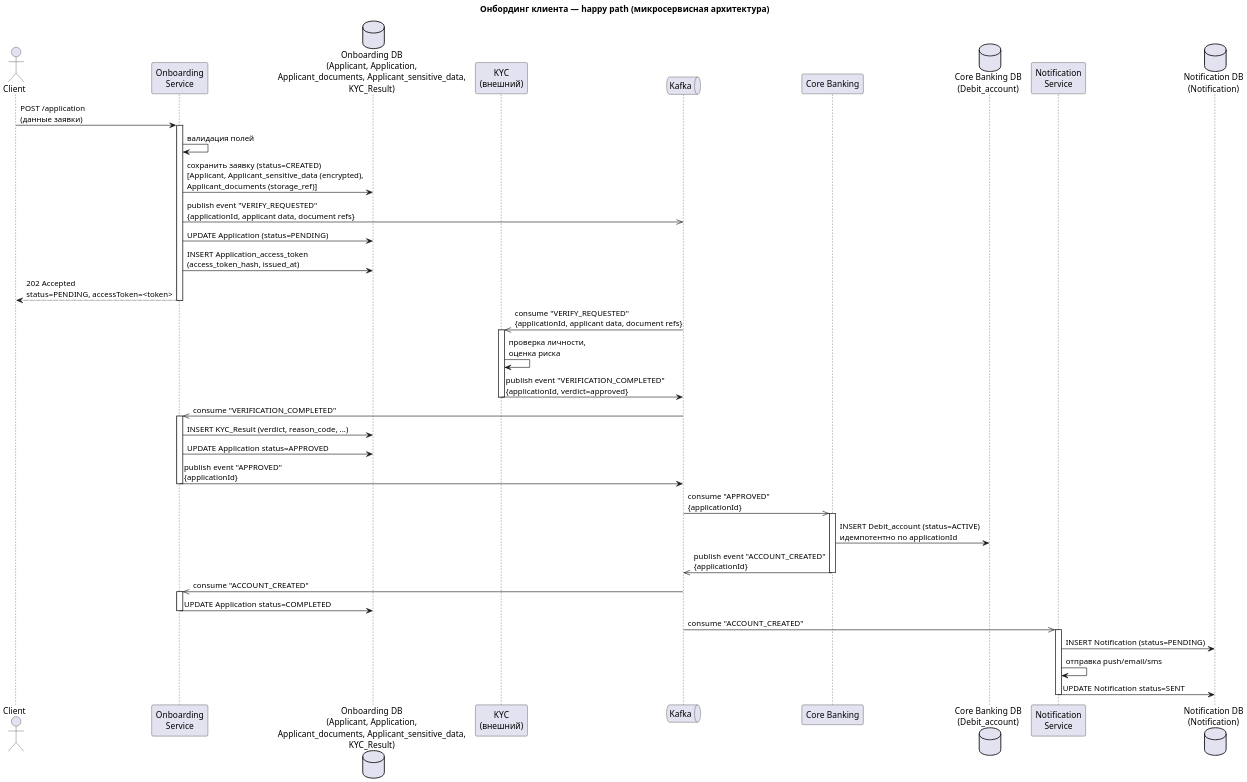
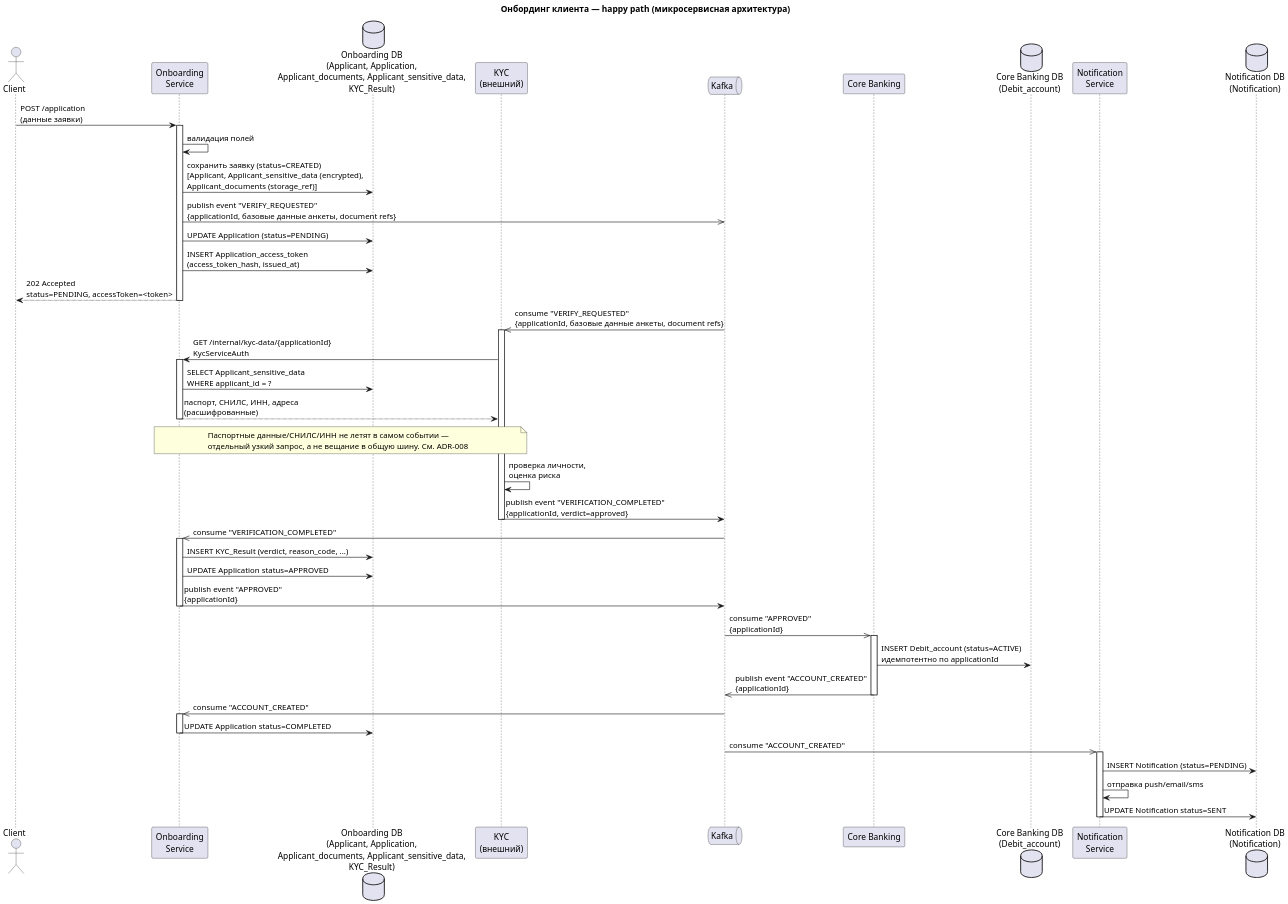
The diagram in diagrams/sequence/Диаграмма последовательно онбординг клиента (happy path).puml (PulyaIvan/digital-client-onboarding), drawn with PlantUML before and after one commit. The commit also changed 8 other files, not shown here.

```diff
--- a/diagrams/sequence/Диаграмма последовательно онбординг клиента (happy path).puml
+++ b/diagrams/sequence/Диаграмма последовательно онбординг клиента (happy path).puml
@@ -1,56 +1,65 @@
 @startuml Онбординг клиента (happy path, database-per-service)
 title Онбординг клиента — happy path (микросервисная архитектура)
 scale 2
 
 actor Client as cl
 participant "Onboarding\nService" as svc
 database "Onboarding DB\n(Applicant, Application,\nApplicant_documents, Applicant_sensitive_data,\nKYC_Result)" as db_svc
 participant "KYC\n(внешний)" as kyc
 queue "Kafka" as bm
 participant "Core Banking" as bk
 database "Core Banking DB\n(Debit_account)" as db_bk
 participant "Notification\nService" as ns
 database "Notification DB\n(Notification)" as db_ns
 
 cl -> svc: POST /application\n(данные заявки)
 activate svc
 svc -> svc: валидация полей
 svc -> db_svc: сохранить заявку (status=CREATED)\n[Applicant, Applicant_sensitive_data (encrypted),\nApplicant_documents (storage_ref)]
-svc ->> bm: publish event "VERIFY_REQUESTED"\n{applicationId, applicant data, document refs}
+svc ->> bm: publish event "VERIFY_REQUESTED"\n{applicationId, базовые данные анкеты, document refs}
 svc -> db_svc: UPDATE Application (status=PENDING)
 svc -> db_svc: INSERT Application_access_token\n(access_token_hash, issued_at)
 svc --> cl: 202 Accepted\nstatus=PENDING, accessToken=<token>
 deactivate svc
 
-bm ->> kyc: consume "VERIFY_REQUESTED"\n{applicationId, applicant data, document refs}
+bm ->> kyc: consume "VERIFY_REQUESTED"\n{applicationId, базовые данные анкеты, document refs}
 activate kyc
+kyc -> svc: GET /internal/kyc-data/{applicationId}\nKycServiceAuth
+activate svc
+svc -> db_svc: SELECT Applicant_sensitive_data\nWHERE applicant_id = ?
+svc --> kyc: паспорт, СНИЛС, ИНН, адреса\n(расшифрованные)
+deactivate svc
+note over kyc, svc
+  Паспортные данные/СНИЛС/ИНН не летят в самом событии —
+  отдельный узкий запрос, а не вещание в общую шину. См. ADR-008
+end note
 kyc -> kyc: проверка личности,\nоценка риска
 kyc -> bm: publish event "VERIFICATION_COMPLETED"\n{applicationId, verdict=approved}
 deactivate kyc
 
 bm ->> svc: consume "VERIFICATION_COMPLETED"
 activate svc
 svc -> db_svc: INSERT KYC_Result (verdict, reason_code, ...)
 svc -> db_svc: UPDATE Application status=APPROVED
 svc -> bm: publish event "APPROVED"\n{applicationId}
 deactivate svc
 
 bm ->> bk: consume "APPROVED"\n{applicationId}
 activate bk
 bk -> db_bk: INSERT Debit_account (status=ACTIVE)\nидемпотентно по applicationId
 bk ->> bm: publish event "ACCOUNT_CREATED"\n{applicationId}
 deactivate bk
 
 bm ->> svc: consume "ACCOUNT_CREATED"
 activate svc
 svc -> db_svc: UPDATE Application status=COMPLETED
 deactivate svc
 
 bm ->> ns: consume "ACCOUNT_CREATED"
 activate ns
 ns -> db_ns: INSERT Notification (status=PENDING)
 ns -> ns: отправка push/email/sms
 ns -> db_ns: UPDATE Notification status=SENT
 deactivate ns
 
 @enduml
```
